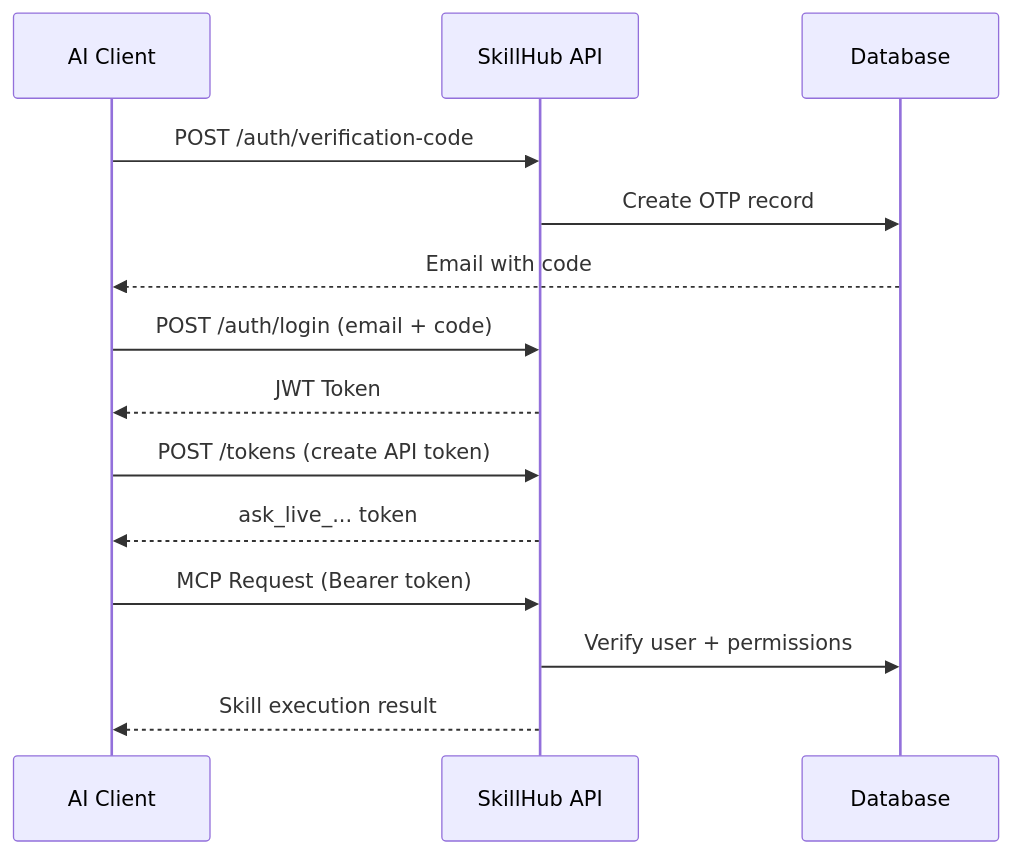
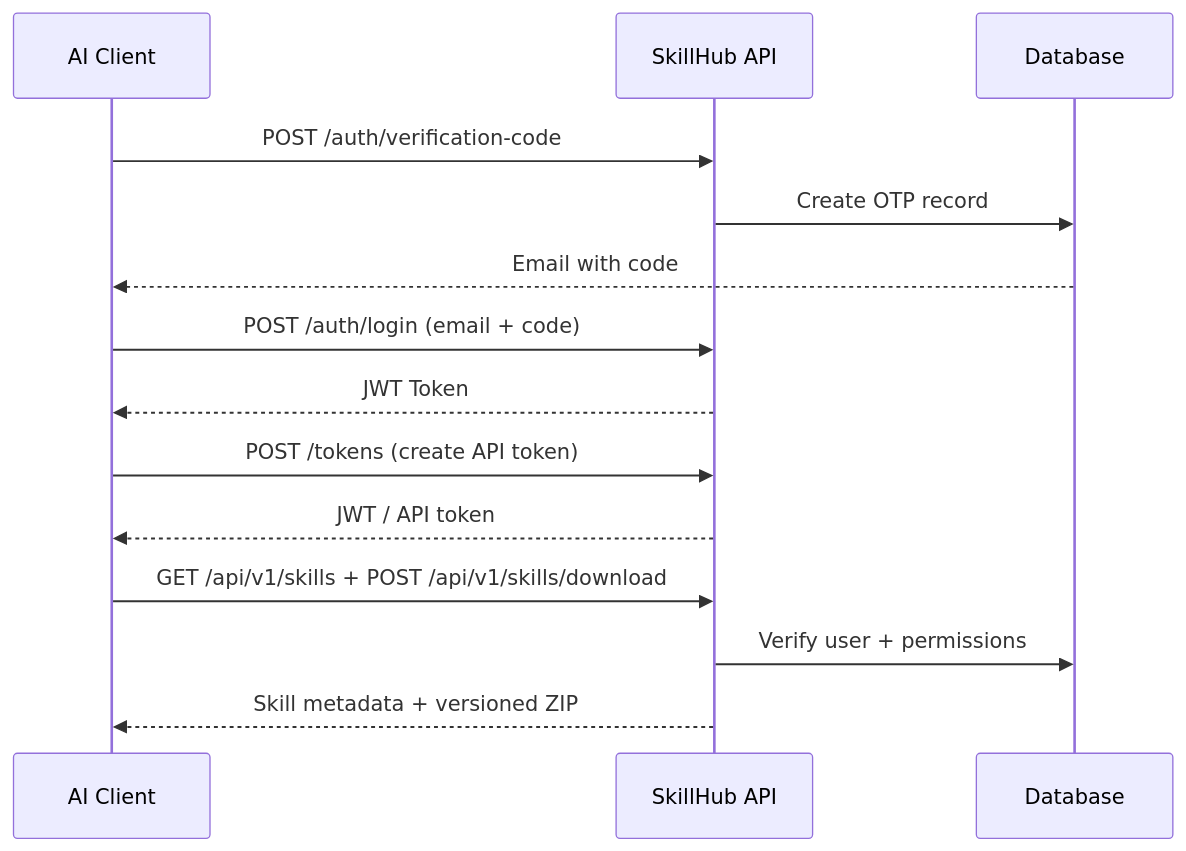
One commit to jiabai/open-skillhub changed the second of 2 diagrams in README.md. Above: the diagram before and after it, drawn with Mermaid. The commit also changed other lines of this file and 18 other files, not shown here.

Commit message:
Convert product to client-execution edition

````diff
--- a/README.md
+++ b/README.md
@@ -184,20 +170,20 @@
 ```mermaid
 sequenceDiagram
     participant Client as AI Client
     participant API as SkillHub API
     participant DB as Database
 
     Client->>API: POST /auth/verification-code
     API->>DB: Create OTP record
     DB-->>Client: Email with code
     
     Client->>API: POST /auth/login (email + code)
     API-->>Client: JWT Token
     
     Client->>API: POST /tokens (create API token)
-    API-->>Client: ask_live_... token
+    API-->>Client: JWT / API token
     
-    Client->>API: MCP Request (Bearer token)
+    Client->>API: GET /api/v1/skills + POST /api/v1/skills/download
     API->>DB: Verify user + permissions
-    API-->>Client: Skill execution result
+    API-->>Client: Skill metadata + versioned ZIP
 ```
````
